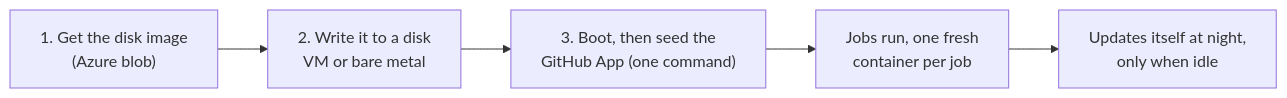
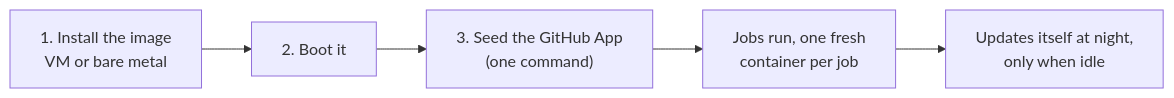
The diagram in README.md (cthtrifork/github-runner-bootc), drawn with Mermaid before and after one commit. The commit also changed other lines of this file and 31 other files, not shown here.

````diff
--- a/README.md
+++ b/README.md
@@ -12,7 +12,7 @@
 ```mermaid
 flowchart LR
-    A["1. Get the disk image<br/>(Azure blob)"] --> B["2. Write it to a disk<br/>VM or bare metal"]
-    B --> C["3. Boot, then seed the<br/>GitHub App (one command)"]
+    A["1. Install the image<br/>VM or bare metal"] --> B["2. Boot it"]
+    B --> C["3. Seed the GitHub App<br/>(one command)"]
     C --> D["Jobs run, one fresh<br/>container per job"]
     D --> E["Updates itself at night,<br/>only when idle"]
 ```
````
